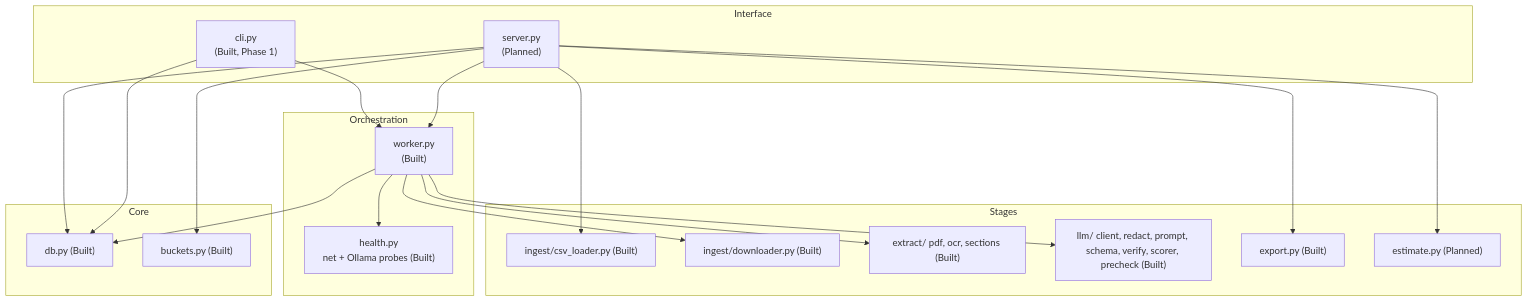
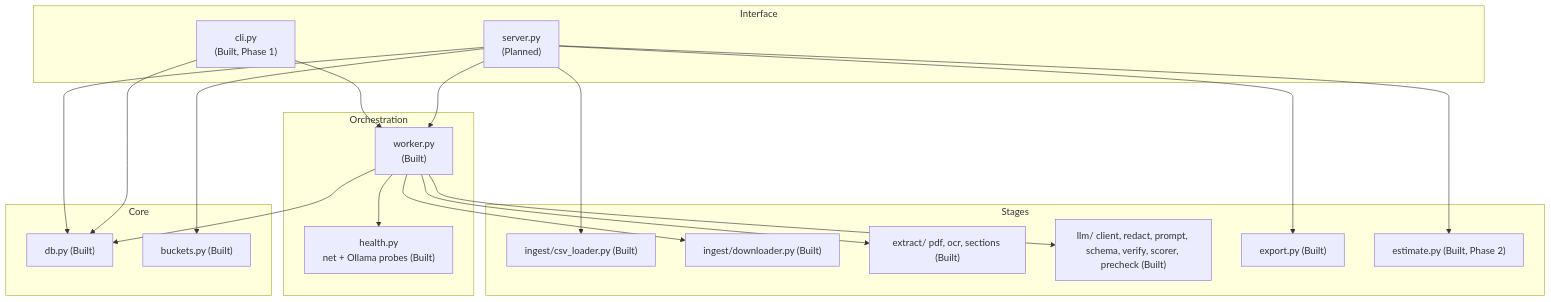
Before and after one commit to Aryan27-max/Atlas: the third of 13 diagrams in ARCHITECTURE.md, drawn with Mermaid. The commit also changed other lines of this file and 17 other files, not shown here.

````diff
--- a/ARCHITECTURE.md
+++ b/ARCHITECTURE.md
@@ -125,37 +125,37 @@
 ```mermaid
 flowchart TB
     subgraph L1["Interface"]
         server["server.py<br/>(Planned)"]
         cli["cli.py<br/>(Built, Phase 1)"]
     end
     subgraph L2["Orchestration"]
         worker["worker.py<br/>(Built)"]
         health["health.py<br/>net + Ollama probes (Built)"]
     end
     subgraph L3["Stages"]
         csvl["ingest/csv_loader.py (Built)"]
         dl["ingest/downloader.py (Built)"]
         ext["extract/ pdf, ocr, sections (Built)"]
         llm["llm/ client, redact, prompt, schema, verify, scorer, precheck (Built)"]
         exp["export.py (Built)"]
-        est["estimate.py (Planned)"]
+        est["estimate.py (Built, Phase 2)"]
     end
     subgraph L4["Core"]
         db["db.py (Built)"]
         buckets["buckets.py (Built)"]
     end
 
     server --> worker
     cli --> worker
     cli --> db
     server --> db
     server --> buckets
     server --> csvl
     server --> exp
     server --> est
     worker --> health
     worker --> dl
     worker --> ext
     worker --> llm
     worker --> db
 ```
````
